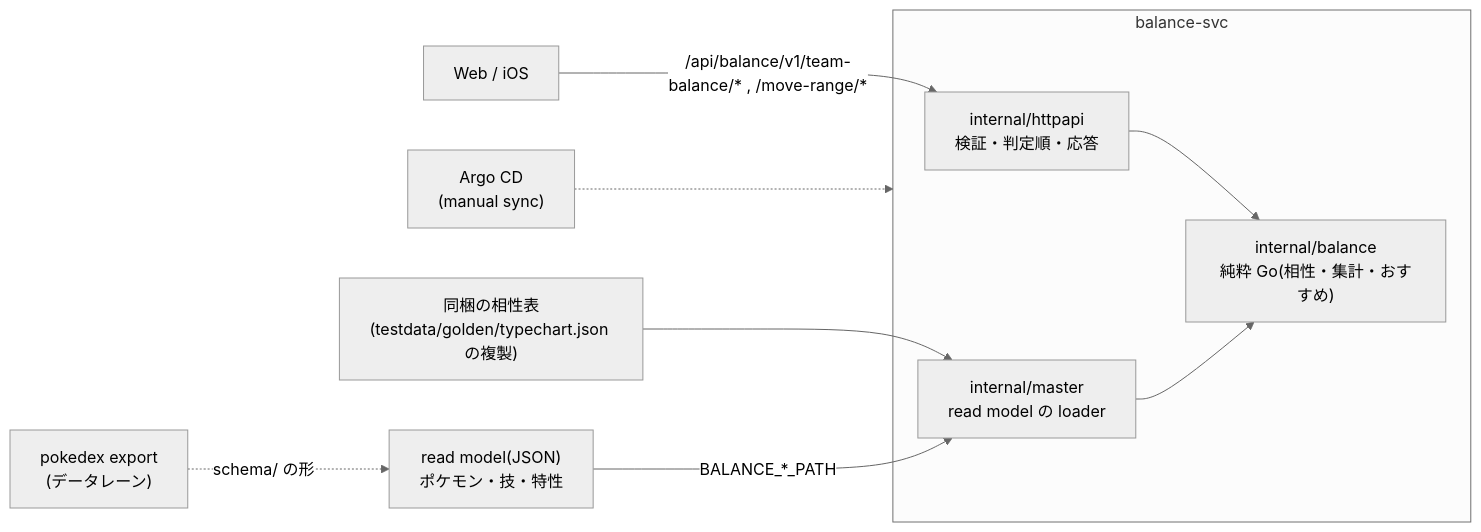
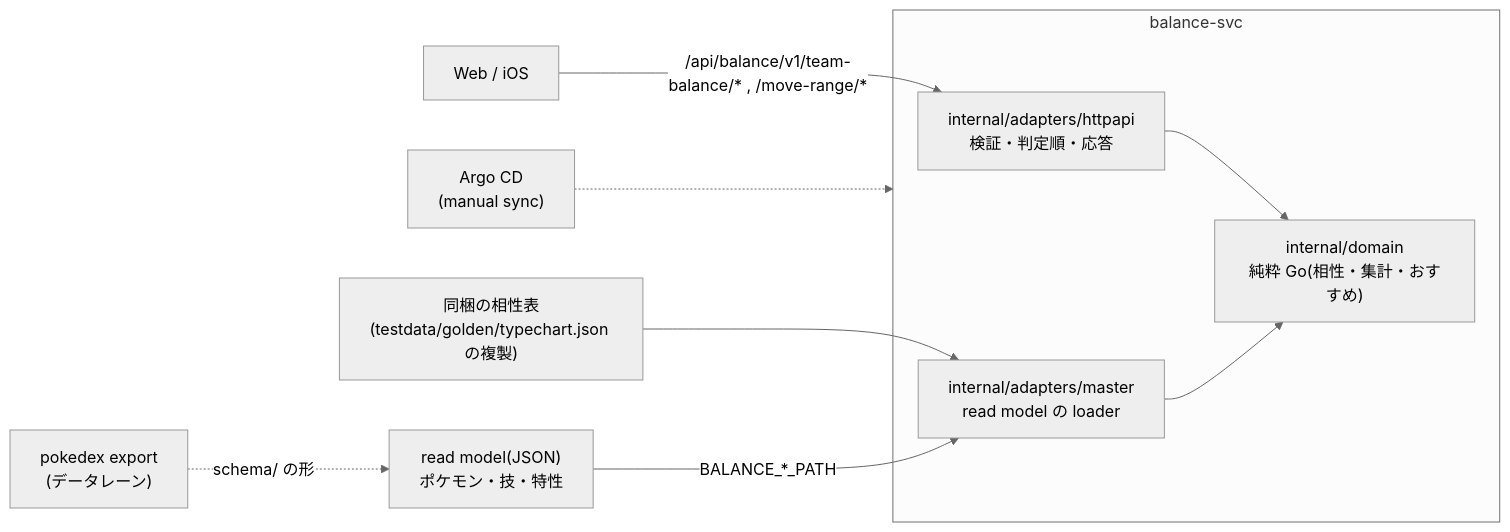
Before and after one commit to yxicun89/MyDamageCalcurater: the diagram in services/balance/README.md, drawn with Mermaid (neutral theme). The commit also changed other lines of this file and 144 other files, not shown here.

First line of the commit message:
refactor(balance): internal を domain・app・adapters にそろえる(ARCH S8、I-type-balance-1)

````diff
--- a/services/balance/README.md
+++ b/services/balance/README.md
@@ -7,12 +7,12 @@
 ```mermaid
 flowchart LR
   Client["Web / iOS"] -->|"/api/balance/v1/team-balance/* , /move-range/*"| HTTP
   subgraph balance["balance-svc"]
-    HTTP["internal/httpapi<br/>検証・判定順・応答"] --> Core["internal/balance<br/>純粋 Go(相性・集計・おすすめ)"]
-    Master["internal/master<br/>read model の loader"] --> Core
+    HTTP["internal/adapters/httpapi<br/>検証・判定順・応答"] --> Core["internal/domain<br/>純粋 Go(相性・集計・おすすめ)"]
+    Master["internal/adapters/master<br/>read model の loader"] --> Core
   end
   Chart["同梱の相性表<br/>(testdata/golden/typechart.json の複製)"] --> Master
   RM["read model(JSON)<br/>ポケモン・技・特性"] -->|"BALANCE_*_PATH"| Master
   Pokedex["pokedex export<br/>(データレーン)"] -.->|"schema/ の形"| RM
   Argo["Argo CD<br/>(manual sync)"] -.-> balance
 ```
````
